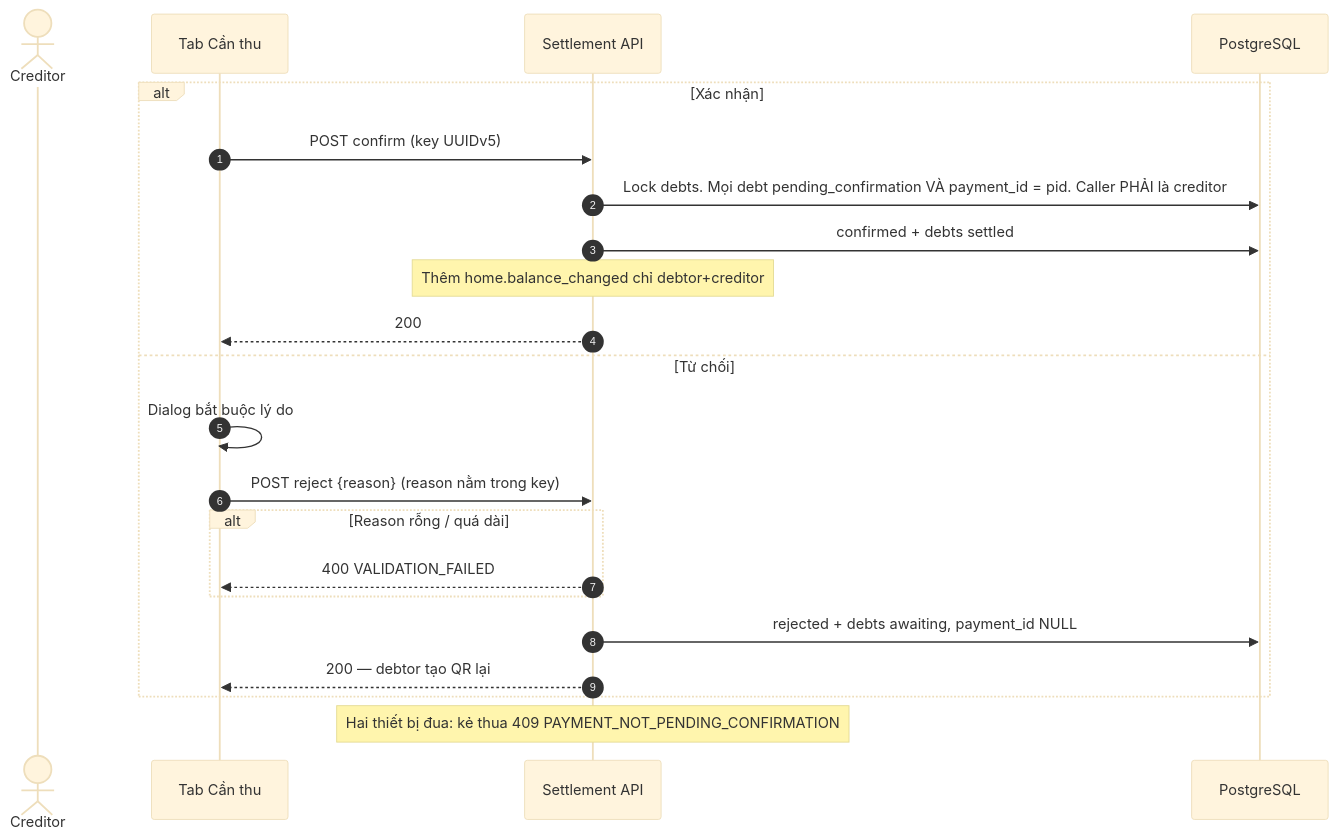
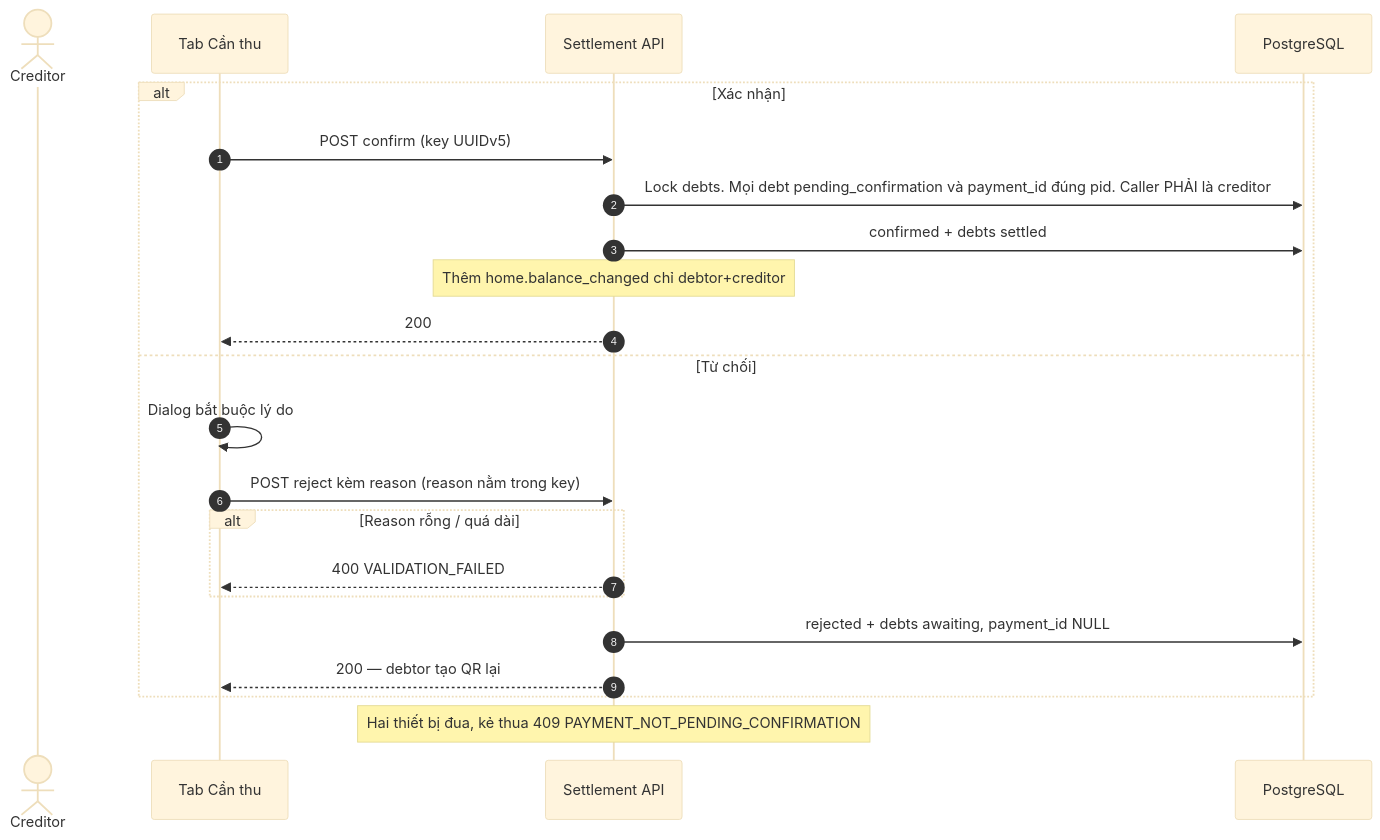
Before and after one commit to FintechVSF-Tranning/PaySplit-RP: the fourth of 8 diagrams in flow/04-settlement.md, drawn with Mermaid (base theme). The commit also changed other lines of this file and 7 other files, not shown here.

First line of the commit message:
Refactor notification flow and admin management documentation

````diff
--- a/flow/04-settlement.md
+++ b/flow/04-settlement.md
@@ -184,25 +216,25 @@
 ```mermaid
 sequenceDiagram
     autonumber
     actor C as Creditor
     participant FE as Tab Cần thu
     participant BE as Settlement API
     participant DB as PostgreSQL
 
     alt Xác nhận
         FE->>BE: POST confirm (key UUIDv5)
-        BE->>DB: Lock debts. Mọi debt pending_confirmation VÀ payment_id = pid. Caller PHẢI là creditor
+        BE->>DB: Lock debts. Mọi debt pending_confirmation và payment_id đúng pid. Caller PHẢI là creditor
         BE->>DB: confirmed + debts settled
         Note over BE: Thêm home.balance_changed chỉ debtor+creditor
         BE-->>FE: 200
     else Từ chối
         FE->>FE: Dialog bắt buộc lý do
-        FE->>BE: POST reject {reason} (reason nằm trong key)
+        FE->>BE: POST reject kèm reason (reason nằm trong key)
         alt Reason rỗng / quá dài
             BE-->>FE: 400 VALIDATION_FAILED
         end
         BE->>DB: rejected + debts awaiting, payment_id NULL
         BE-->>FE: 200 — debtor tạo QR lại
     end
-    Note over BE: Hai thiết bị đua: kẻ thua 409 PAYMENT_NOT_PENDING_CONFIRMATION
+    Note over BE: Hai thiết bị đua, kẻ thua 409 PAYMENT_NOT_PENDING_CONFIRMATION
 ```
````
